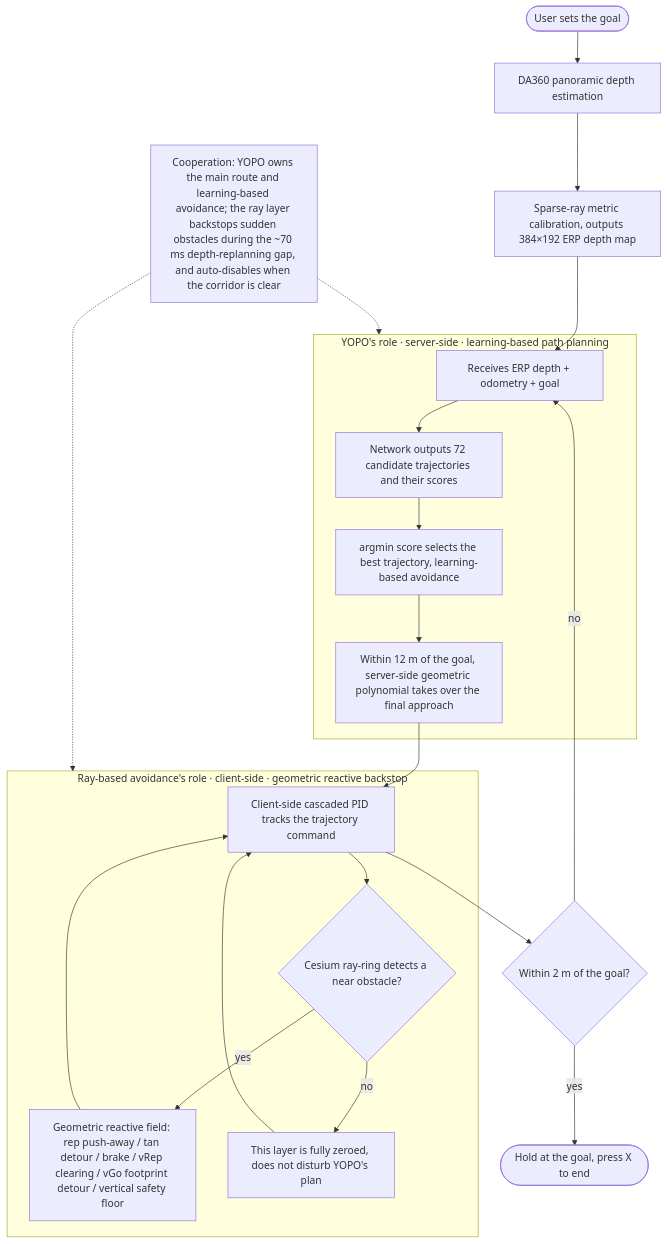
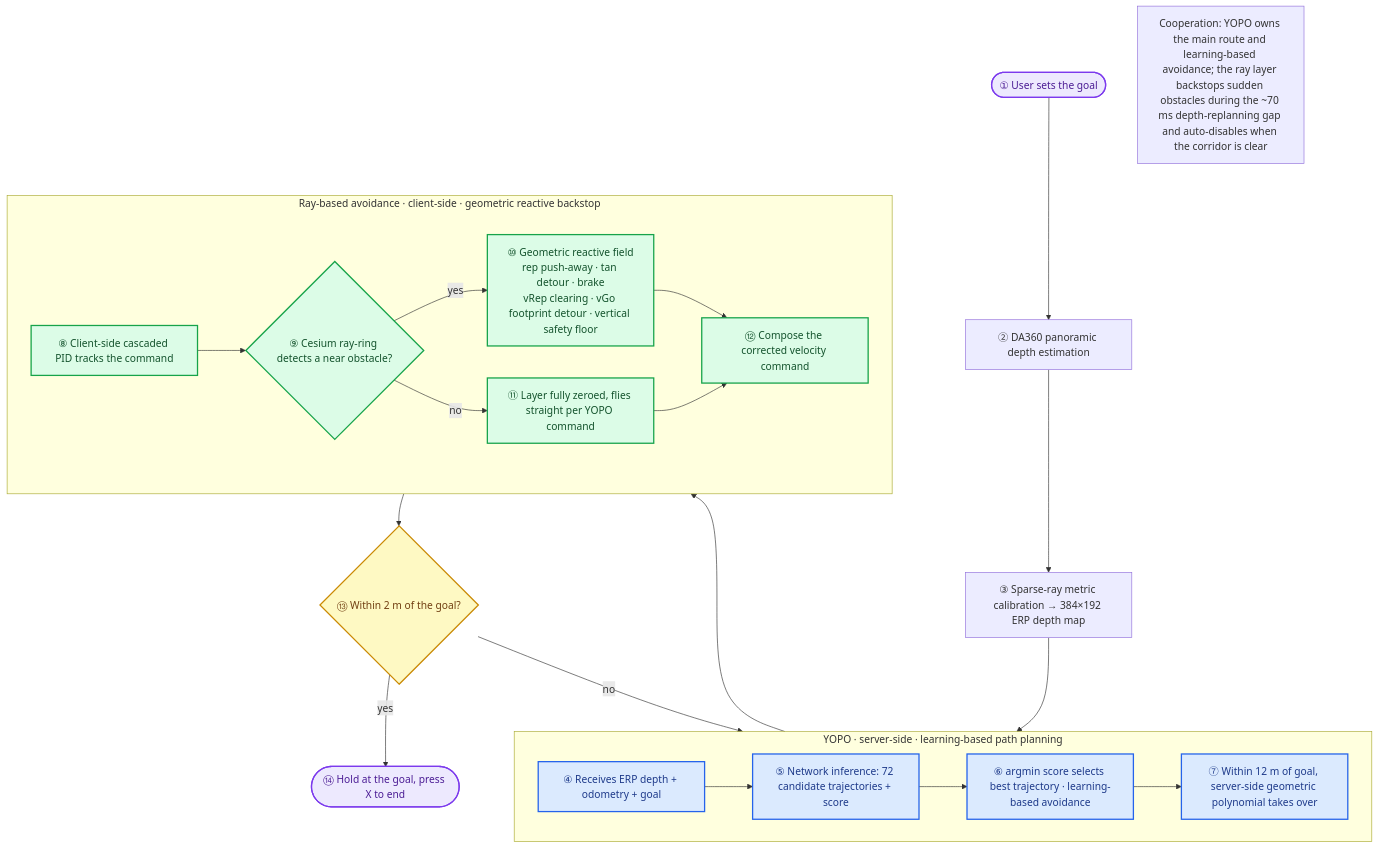
One commit to wuuwuu26/MindCloud_World_Fly_Private changed the diagram in README_EN.md. Above: the diagram before and after it, drawn with Mermaid. The commit also changed 1 other file, not shown here.

Commit message:
docs: 重画导航流程图，去除内部回环与虚线交叉，配色区分子系统并编号步骤（中英文）

````diff
--- a/README_EN.md
+++ b/README_EN.md
@@ -90,31 +90,40 @@
 ```mermaid
 flowchart TD
-    Start([User sets the goal]) --> Depth[DA360 panoramic depth estimation]
-    Depth --> Calib[Sparse-ray metric calibration, outputs 384×192 ERP depth map]
+    classDef yopo fill:#dbeafe,stroke:#2563eb,stroke-width:2px,color:#1e3a8a;
+    classDef ray fill:#dcfce7,stroke:#16a34a,stroke-width:2px,color:#14532d;
+    classDef dec fill:#fef9c3,stroke:#ca8a04,stroke-width:2px,color:#713f12;
+    classDef term fill:#ede9fe,stroke:#7c3aed,stroke-width:2px,color:#4c1d95;
+
+    Start([① User sets the goal]) --> Depth[② DA360 panoramic depth estimation]
+    Depth --> Calib[③ Sparse-ray metric calibration → 384×192 ERP depth map]
     Calib --> YIN
 
-    subgraph YOPO["YOPO's role · server-side · learning-based path planning"]
-        YIN[Receives ERP depth + odometry + goal]
-        YIN --> Cands[Network outputs 72 candidate trajectories and their scores]
-        Cands --> Argmin[argmin score selects the best trajectory, learning-based avoidance]
-        Argmin --> Final[Within 12 m of the goal, server-side geometric polynomial takes over the final approach]
+    subgraph YOPO["YOPO · server-side · learning-based path planning"]
+        direction LR
+        YIN[④ Receives ERP depth + odometry + goal]
+        YIN --> Cands[⑤ Network inference: 72 candidate trajectories + score]
+        Cands --> Argmin[⑥ argmin score selects best trajectory · learning-based avoidance]
+        Argmin --> Final[⑦ Within 12 m of goal, server-side geometric polynomial takes over]
     end
+    class YIN,Cands,Argmin,Final yopo;
 
-    Final --> Exec[Client-side cascaded PID tracks the trajectory command]
+    Final --> Exec[⑧ Client-side cascaded PID tracks the command]
 
-    subgraph RAY["Ray-based avoidance's role · client-side · geometric reactive backstop"]
-        Exec --> Probe{"Cesium ray-ring detects a near obstacle?"}
-        Probe -->|yes| Field[Geometric reactive field: rep push-away / tan detour / brake / vRep clearing / vGo footprint detour / vertical safety floor]
-        Probe -->|no| Zero[This layer is fully zeroed, does not disturb YOPO's plan]
-        Field --> Exec
-        Zero --> Exec
+    subgraph RAY["Ray-based avoidance · client-side · geometric reactive backstop"]
+        direction LR
+        Exec --> Probe{"⑨ Cesium ray-ring detects a near obstacle?"}
+        Probe -->|yes| Field["⑩ Geometric reactive field<br/>rep push-away · tan detour · brake<br/>vRep clearing · vGo footprint detour · vertical safety floor"]
+        Probe -->|no| Straight["⑪ Layer fully zeroed, flies straight per YOPO command"]
+        Field --> Resume[⑫ Compose the corrected velocity command]
+        Straight --> Resume
     end
+    class Exec,Probe,Field,Straight,Resume ray;
 
-    Exec --> Arrive{"Within 2 m of the goal?"}
+    Resume --> Arrive{"⑬ Within 2 m of the goal?"}
     Arrive -->|no| YIN
-    Arrive -->|yes| End([Hold at the goal, press X to end])
+    Arrive -->|yes| End([⑭ Hold at the goal, press X to end])
+    class Arrive dec;
+    class Start,End term;
 
-    Note["Cooperation: YOPO owns the main route and learning-based avoidance; the ray layer backstops sudden obstacles during the ~70 ms depth-replanning gap, and auto-disables when the corridor is clear"]
-    Note -.-> YOPO
-    Note -.-> RAY
+    Note["Cooperation: YOPO owns the main route and learning-based avoidance; the ray layer backstops sudden obstacles during the ~70 ms depth-replanning gap and auto-disables when the corridor is clear"]
 ```
````
